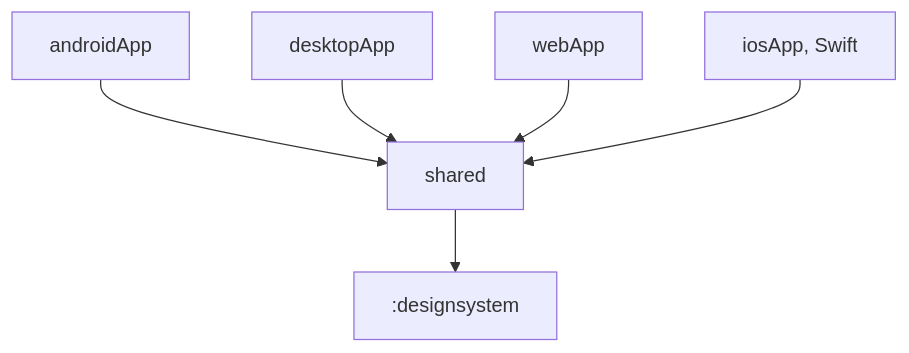
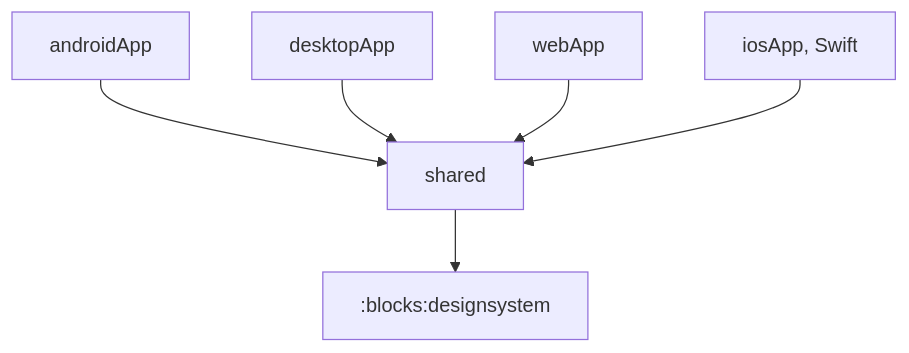
Before and after one commit to allco/transmission-client: the diagram in docs/adr/ADR-6-design-system-module.md, drawn with Mermaid. The commit also changed other lines of this file and 44 other files, not shown here.

First line of the commit message:
Move the design system to blocks/designsystem

````diff
--- a/docs/adr/ADR-6-design-system-module.md
+++ b/docs/adr/ADR-6-design-system-module.md
@@ -24,8 +26,8 @@
 ```mermaid
 flowchart TD
     androidApp --> shared
     desktopApp --> shared
     webApp --> shared
     iosApp[iosApp, Swift] --> shared
-    shared --> designsystem[":designsystem"]
+    shared --> designsystem[":blocks:designsystem"]
 ```
````
